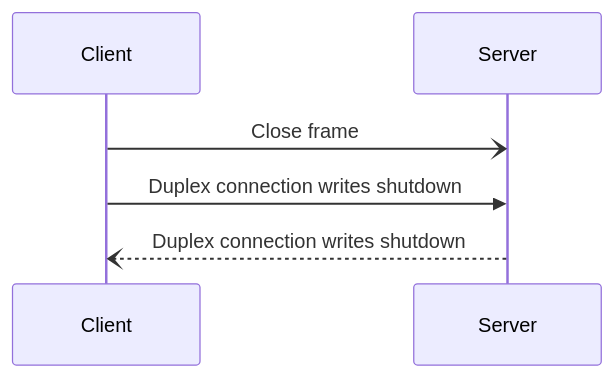
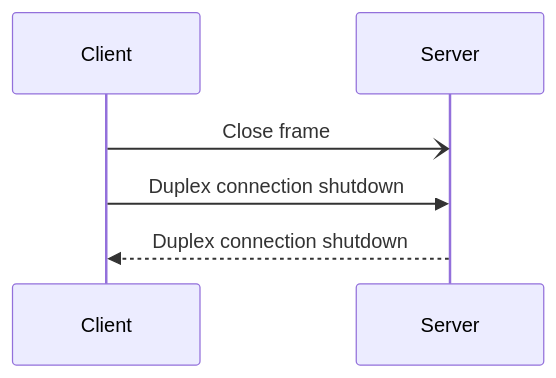
The first of 2 diagrams in pages/icerpc-core/slic-protocol/connection-closure.md (icerpc/icerpc-docs), drawn with Mermaid before and after one commit. The commit also changed other lines of this file and 4 other files, not shown here.

````diff
--- a/pages/icerpc-core/slic-protocol/connection-closure.md
+++ b/pages/icerpc-core/slic-protocol/connection-closure.md
@@ -38,6 +38,6 @@
 ```mermaid
 sequenceDiagram
     Client-)Server: Close frame
-    Client->>Server: Duplex connection writes shutdown
-    Server--)Client: Duplex connection writes shutdown
+    Client->>Server: Duplex connection shutdown
+    Server-->>Client: Duplex connection shutdown
 ```
````
